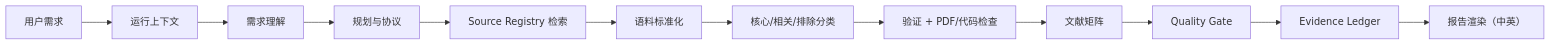
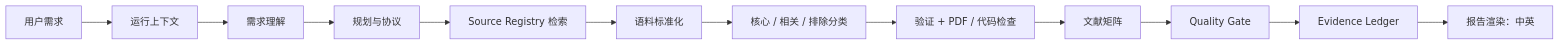
One commit to CHB-learner/PaperPilot changed the diagram in README.zh-CN.md. Above: the diagram before and after it, drawn with Mermaid. The commit also changed other lines of this file and 3 other files, not shown here.

Commit message:
release: v1.5.9 - fix readme workflow diagram

````diff
--- a/README.zh-CN.md
+++ b/README.zh-CN.md
@@ -222,14 +222,14 @@
 ```mermaid
 flowchart LR
-  U[用户需求] --> C[运行上下文]
-  C --> QA[需求理解]
-  QA --> PL[规划与协议]
-  PL --> ST[Source Registry 检索]
-  ST --> NB[语料标准化]
-  NB --> SC[核心/相关/排除分类]
-  SC --> VF[验证 + PDF/代码检查]
-  VF --> LM[文献矩阵]
-  LM --> QG[Quality Gate]
-  QG --> EL[Evidence Ledger]
-  EL --> RP[报告渲染（中英）]
+  U["用户需求"] --> C["运行上下文"]
+  C --> QA["需求理解"]
+  QA --> PL["规划与协议"]
+  PL --> ST["Source Registry 检索"]
+  ST --> NB["语料标准化"]
+  NB --> SC["核心 / 相关 / 排除分类"]
+  SC --> VF["验证 + PDF / 代码检查"]
+  VF --> LM["文献矩阵"]
+  LM --> QG["Quality Gate"]
+  QG --> EL["Evidence Ledger"]
+  EL --> RP["报告渲染：中英"]
 ```
````
